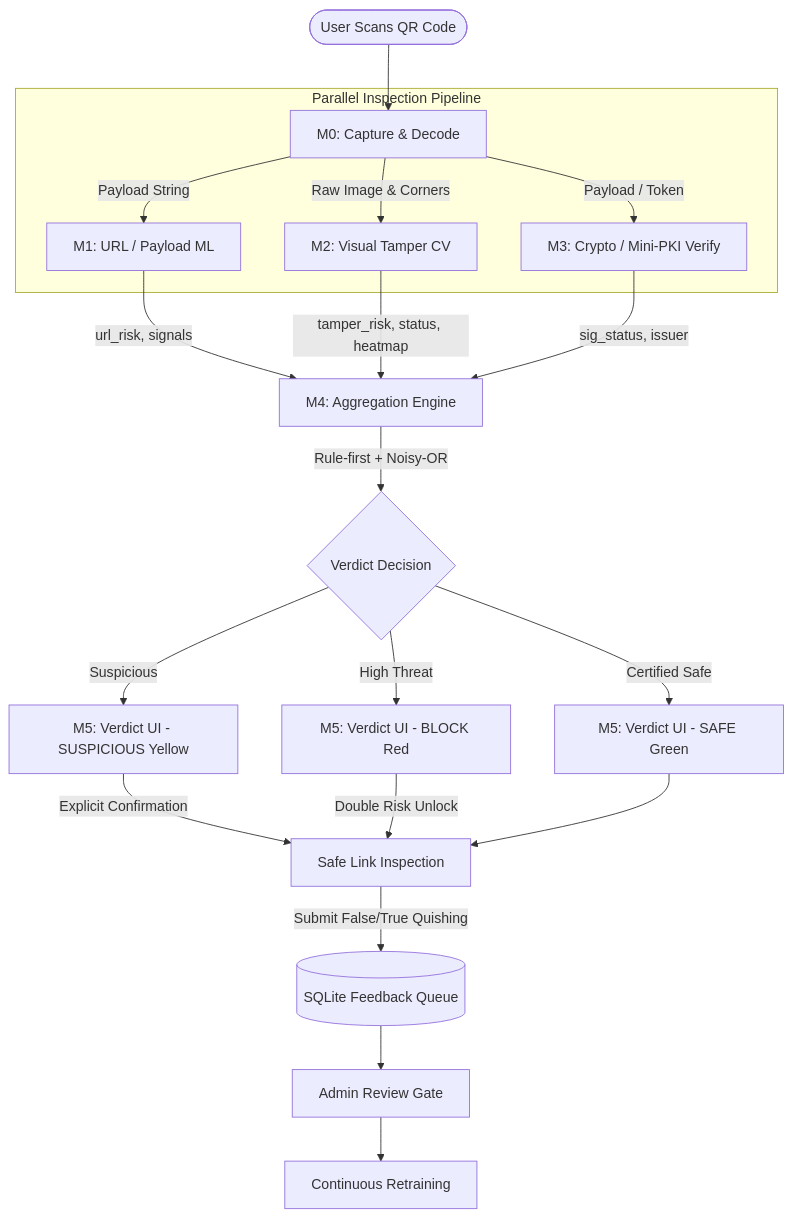
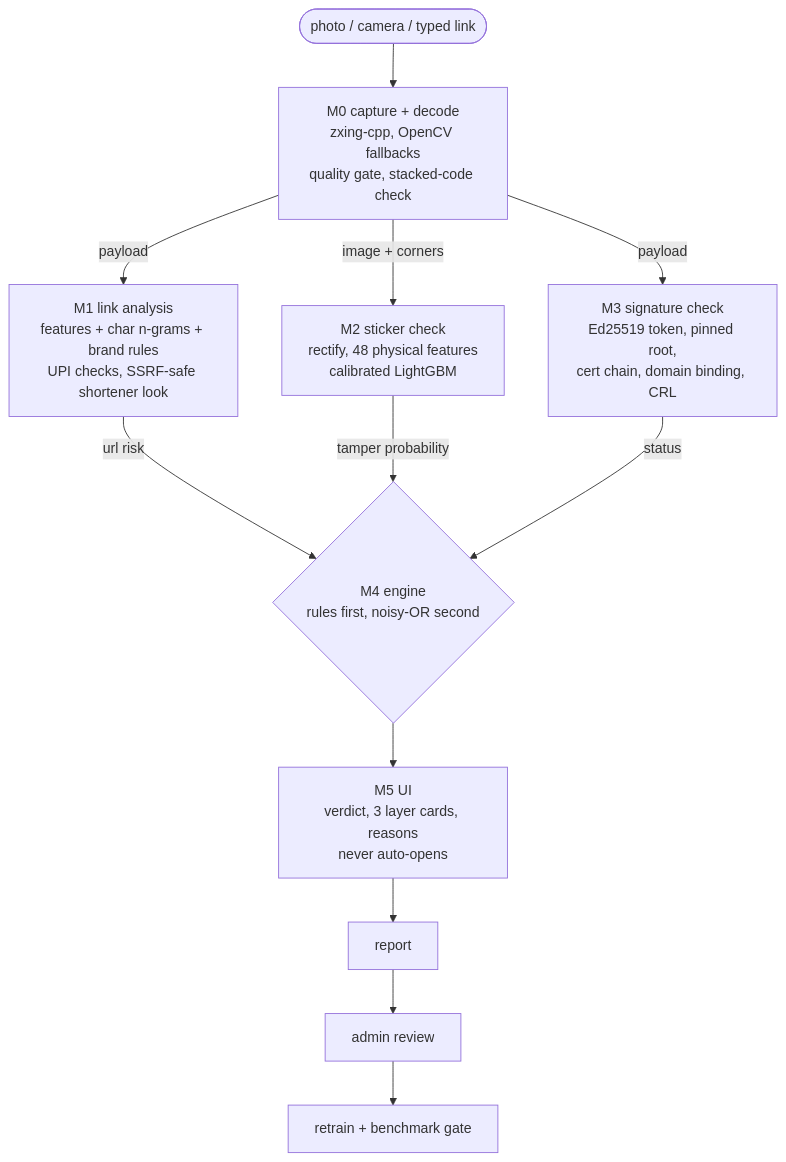
One commit to akshitsharma24-ux/CNS-ISE-PROJECT changed the diagram in docs/architecture.md. Above: the diagram before and after it, drawn with Mermaid. The commit also changed other lines of this file and 20 other files, not shown here.

````diff
--- a/docs/architecture.md
+++ b/docs/architecture.md
@@ -9,27 +5,12 @@
 ```mermaid
 flowchart TD
-    User([User Scans QR Code]) --> M0[M0: Capture & Decode]
-    
-    subgraph Parallel Inspection Pipeline
-        M0 -->|Payload String| M1[M1: URL / Payload ML]
-        M0 -->|Raw Image & Corners| M2[M2: Visual Tamper CV]
-        M0 -->|Payload / Token| M3[M3: Crypto / Mini-PKI Verify]
-    end
-    
-    M1 -->|url_risk, signals| M4[M4: Aggregation Engine]
-    M2 -->|tamper_risk, status, heatmap| M4
-    M3 -->|sig_status, issuer| M4
-    
-    M4 -->|Rule-first + Noisy-OR| Verdict{Verdict Decision}
-    Verdict -->|Certified Safe| UI_G[M5: Verdict UI - SAFE Green]
-    Verdict -->|Suspicious| UI_Y[M5: Verdict UI - SUSPICIOUS Yellow]
-    Verdict -->|High Threat| UI_R[M5: Verdict UI - BLOCK Red]
-    
-    UI_Y -->|Explicit Confirmation| UserAction[Safe Link Inspection]
-    UI_R -->|Double Risk Unlock| UserAction
-    UI_G --> UserAction
-    
-    UserAction -->|Submit False/True Quishing| ReportDB[(SQLite Feedback Queue)]
-    ReportDB --> AdminGate[Admin Review Gate]
-    AdminGate --> Retrain[Continuous Retraining]
+    A([photo / camera / typed link]) --> M0[M0 capture + decode<br/>zxing-cpp, OpenCV fallbacks<br/>quality gate, stacked-code check]
+    M0 -->|payload| M1[M1 link analysis<br/>features + char n-grams + brand rules<br/>UPI checks, SSRF-safe shortener look]
+    M0 -->|image + corners| M2[M2 sticker check<br/>rectify, 48 physical features<br/>calibrated LightGBM]
+    M0 -->|payload| M3[M3 signature check<br/>Ed25519 token, pinned root,<br/>cert chain, domain binding, CRL]
+    M1 -->|url risk| M4
+    M2 -->|tamper probability| M4
+    M3 -->|status| M4{M4 engine<br/>rules first, noisy-OR second}
+    M4 --> M5[M5 UI<br/>verdict, 3 layer cards, reasons<br/>never auto-opens]
+    M5 --> R[report] --> Q[admin review] --> G[retrain + benchmark gate]
 ```
````
